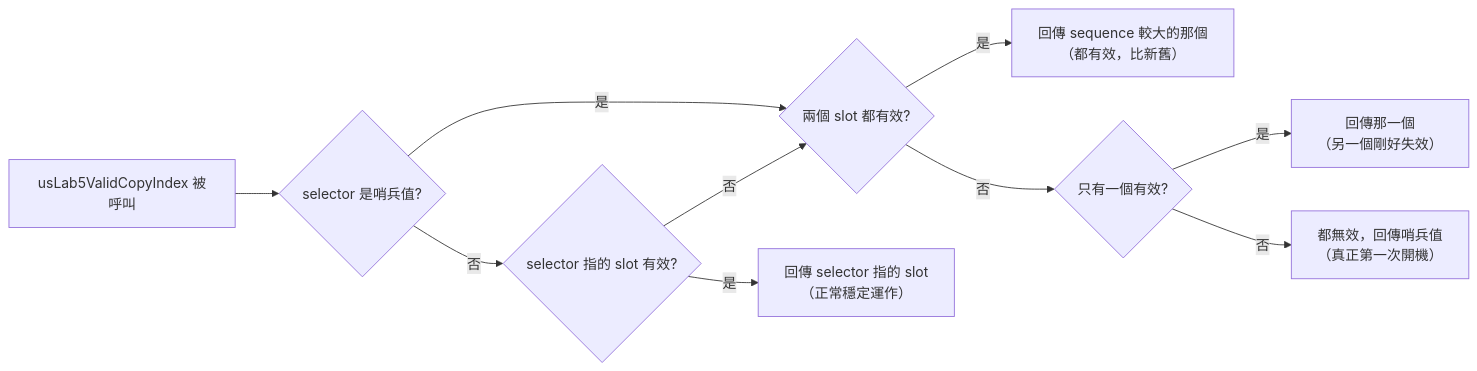
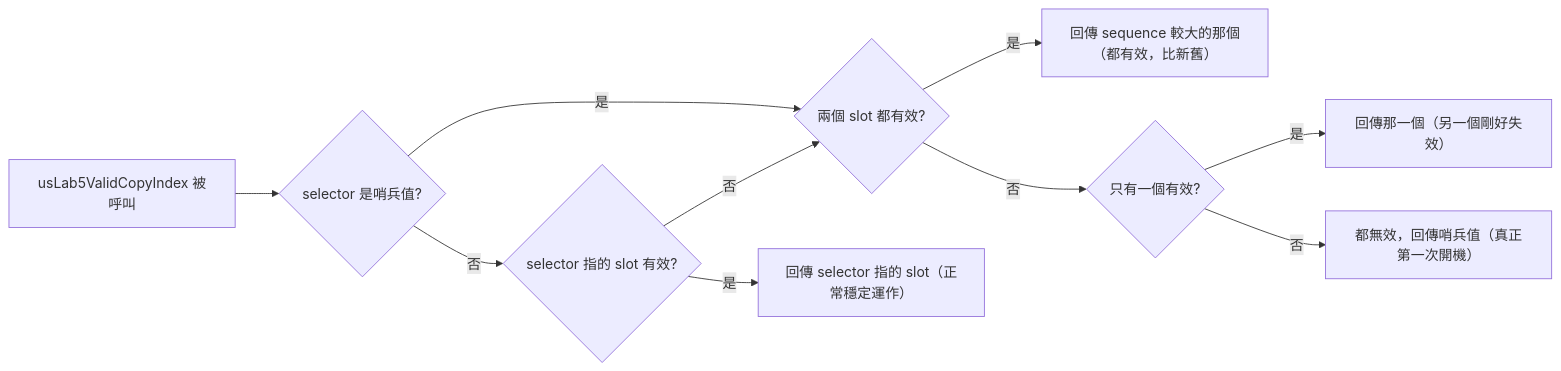
The second of 2 diagrams in lab5/lab5.md (Esther125/rtos-labs), drawn with Mermaid before and after one commit.

Commit message:
docs(lab5): adjust format

````diff
--- a/lab5/lab5.md
+++ b/lab5/lab5.md
@@ -140,16 +140,12 @@
     ```mermaid
     flowchart LR
         A[usLab5ValidCopyIndex 被呼叫] --> B{selector 是哨兵值?}
         B -- 是 --> D{兩個 slot 都有效?}
         B -- 否 --> C{selector 指的 slot 有效?}
-        C -- 是 --> R1["回傳 selector 指的 slot
-        （正常穩定運作）"]
+        C -- 是 --> R1["回傳 selector 指的 slot（正常穩定運作）"]
         C -- 否 --> D
-        D -- 是 --> E["回傳 sequence 較大的那個
-        （都有效，比新舊）"]
+        D -- 是 --> E["回傳 sequence 較大的那個（都有效，比新舊）"]
         D -- 否 --> F{只有一個有效?}
-        F -- 是 --> G["回傳那一個
-        （另一個剛好失效）"]
-        F -- 否 --> H["都無效，回傳哨兵值
-        （真正第一次開機）"]
+        F -- 是 --> G["回傳那一個（另一個剛好失效）"]
+        F -- 否 --> H["都無效，回傳哨兵值（真正第一次開機）"]
     ```
````
